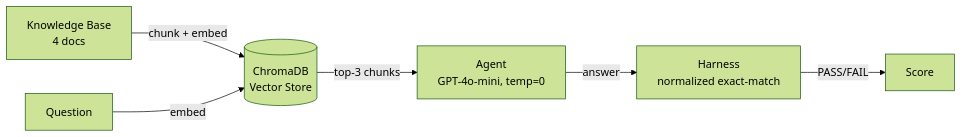
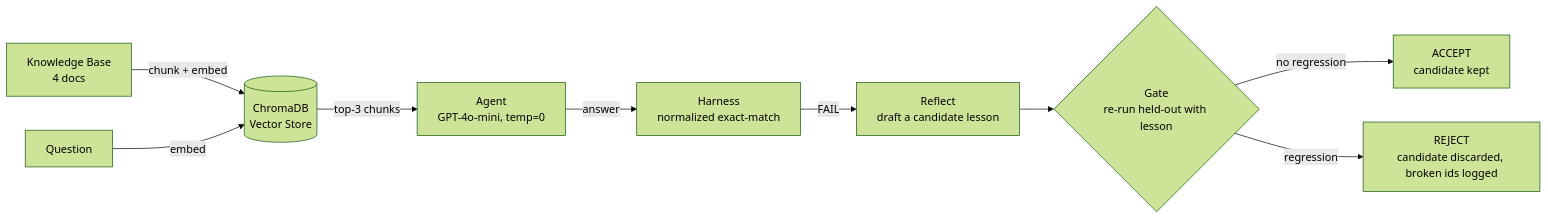
One commit to ayeshowcode/Gatekeeper changed the diagram in README.md. Above: the diagram before and after it, drawn with Mermaid (forest theme). The commit also changed other lines of this file, not shown here.

Commit message:
rewrite README to document the gate, reflection loop, and adversarial verification to present Day 3 as a complete, provable deliverable

````diff
--- a/README.md
+++ b/README.md
@@ -27,8 +29,11 @@
 ```mermaid
 flowchart LR
     A[Knowledge Base\n4 docs] -->|chunk + embed| B[(ChromaDB\nVector Store)]
     Q[Question] -->|embed| B
     B -->|top-3 chunks| C[Agent\nGPT-4o-mini, temp=0]
     C -->|answer| D[Harness\nnormalized exact-match]
-    D -->|PASS/FAIL| E[Score]
+    D -->|FAIL| R[Reflect\ndraft a candidate lesson]
+    R --> G{Gate\nre-run held-out with lesson}
+    G -->|no regression| ACC[ACCEPT\ncandidate kept]
+    G -->|regression| REJ[REJECT\ncandidate discarded, broken ids logged]
 ```
````
